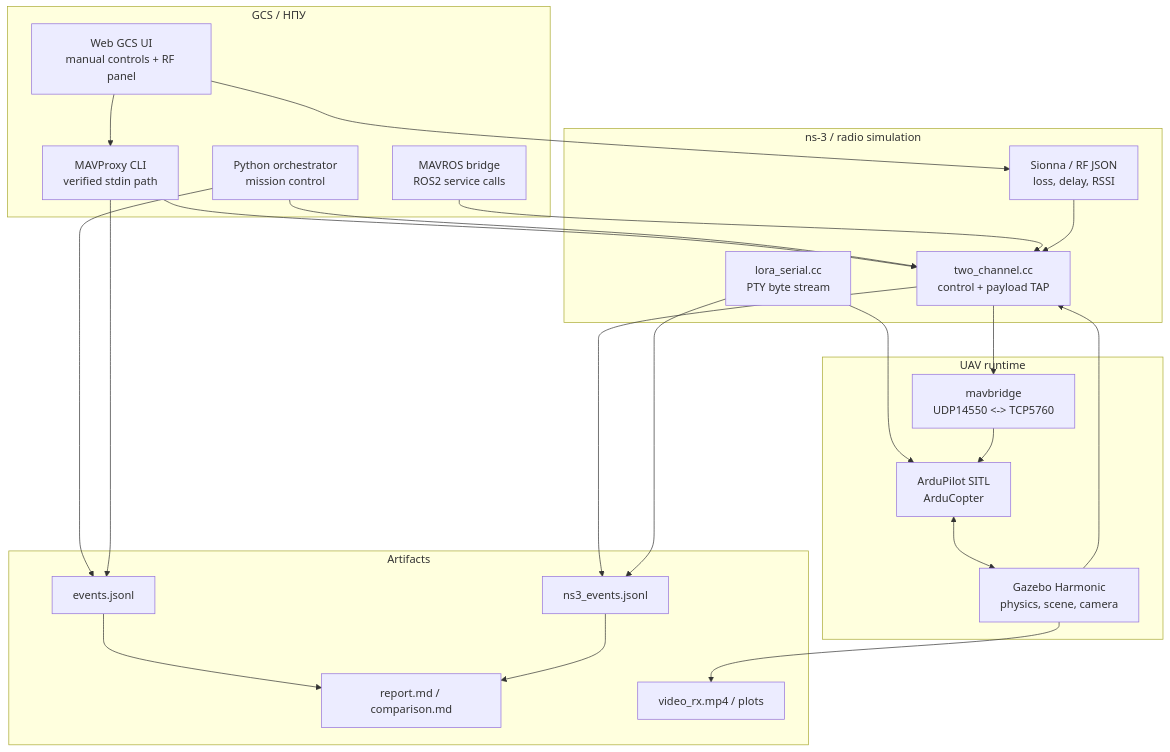
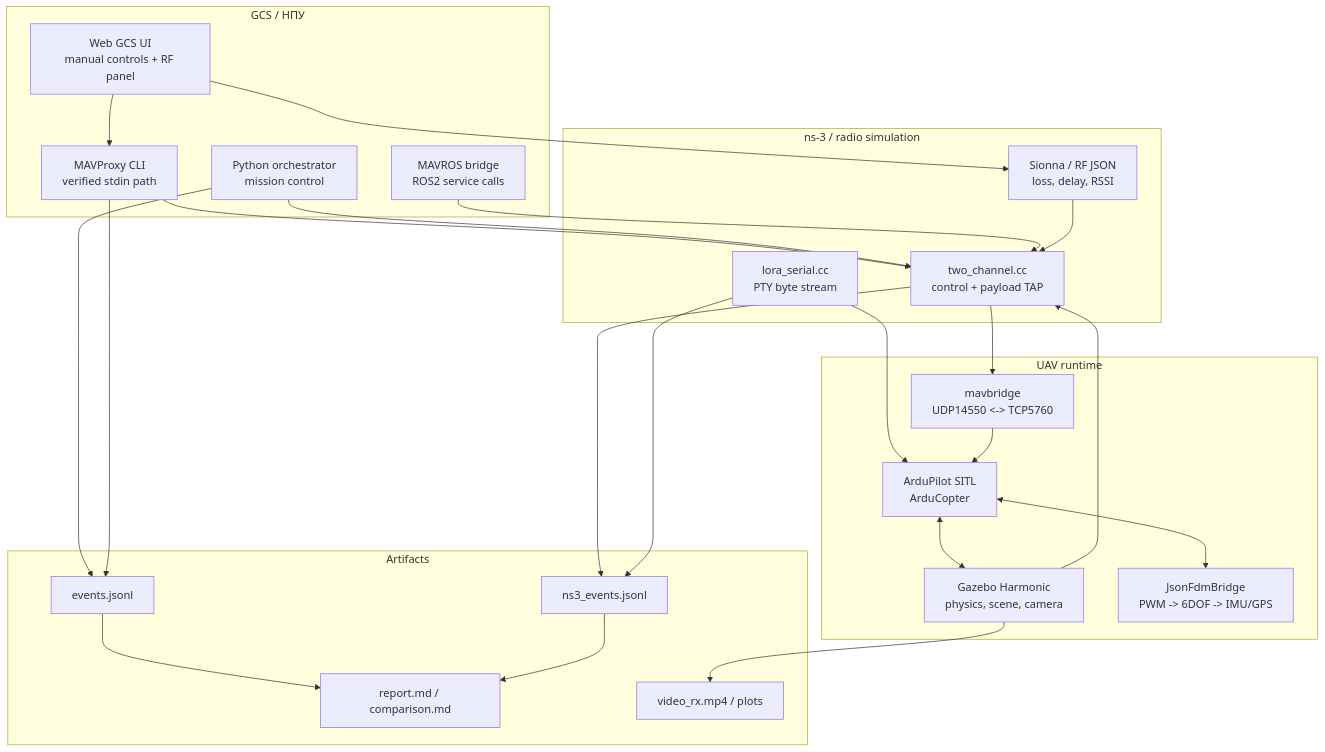
Before and after one commit to AFETZ/bas: the diagram in docs/architecture.md, drawn with Mermaid. The commit also changed other lines of this file and 17 other files, not shown here.

````diff
--- a/docs/architecture.md
+++ b/docs/architecture.md
@@ -17,47 +21,49 @@
 ```mermaid
 flowchart TB
     subgraph GCS["GCS / НПУ"]
         UI["Web GCS UI<br/>manual controls + RF panel"]
         MP["MAVProxy CLI<br/>verified stdin path"]
         ORCH["Python orchestrator<br/>mission control"]
         ROS["MAVROS bridge<br/>ROS2 service calls"]
     end
 
     subgraph RADIO["ns-3 / radio simulation"]
         TC["two_channel.cc<br/>control + payload TAP"]
         LS["lora_serial.cc<br/>PTY byte stream"]
         SP["Sionna / RF JSON<br/>loss, delay, RSSI"]
     end
 
     subgraph UAV["UAV runtime"]
         MB["mavbridge<br/>UDP14550 <-> TCP5760"]
         AP["ArduPilot SITL<br/>ArduCopter"]
         GZ["Gazebo Harmonic<br/>physics, scene, camera"]
+        JF["JsonFdmBridge<br/>PWM -> 6DOF -> IMU/GPS"]
     end
 
     subgraph ART["Artifacts"]
         EV["events.jsonl"]
         NEV["ns3_events.jsonl"]
         REP["report.md / comparison.md"]
         VID["video_rx.mp4 / plots"]
     end
 
     UI --> MP
     MP --> TC
     ORCH --> TC
     ROS --> TC
     TC --> MB
     LS --> AP
     SP --> TC
     MB --> AP
     AP <--> GZ
     GZ --> TC
+    AP <--> JF
     UI --> SP
     ORCH --> EV
     MP --> EV
     TC --> NEV
     LS --> NEV
     EV --> REP
     NEV --> REP
     GZ --> VID
 ```
````
